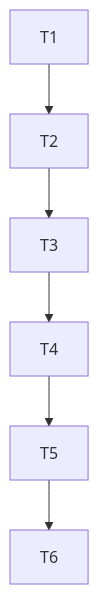
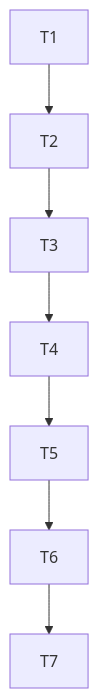
Before and after one commit to DevDayHackathon/caixa_simples_openAI: the diagram in .specs/features/integracao-final/tasks.md, drawn with Mermaid. The commit also changed other lines of this file and 3 other files, not shown here.

````diff
--- a/.specs/features/integracao-final/tasks.md
+++ b/.specs/features/integracao-final/tasks.md
@@ -6,8 +6,9 @@
 ```mermaid
 flowchart TD
 T1 --> T2
 T2 --> T3
 T3 --> T4
 T4 --> T5
 T5 --> T6
+T6 --> T7
 ```
````
